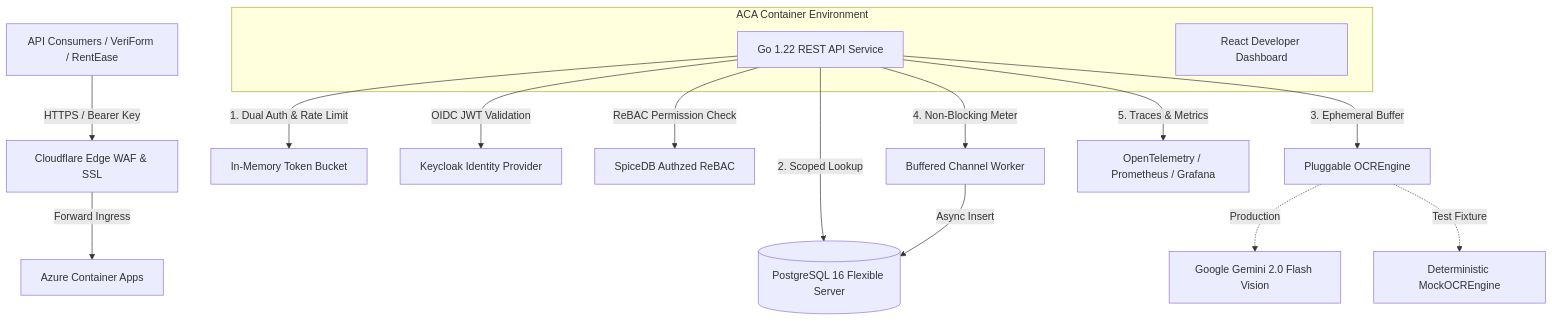
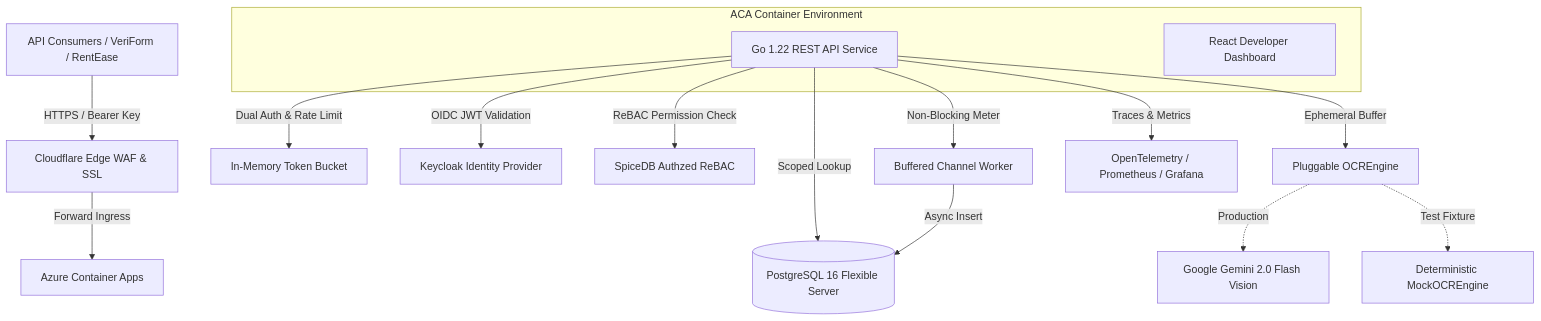
The diagram in README.md (amirfaisalz/lensio), drawn with Mermaid before and after one commit. The commit also changed other lines of this file and 8 other files, not shown here.

````diff
--- a/README.md
+++ b/README.md
@@ -76,21 +51,19 @@
 ```mermaid
 graph TD
     Client[API Consumers / VeriForm / RentEase] -->|HTTPS / Bearer Key| CF[Cloudflare Edge WAF & SSL]
     CF -->|Forward Ingress| ACA[Azure Container Apps]
-
     subgraph ACA Container Environment
         API[Go 1.22 REST API Service]
         DASH[React Developer Dashboard]
     end
-
-    API -->|1. Dual Auth & Rate Limit| MemRL[In-Memory Token Bucket]
+    API -->|Dual Auth & Rate Limit| MemRL[In-Memory Token Bucket]
     API -->|OIDC JWT Validation| KC[Keycloak Identity Provider]
     API -->|ReBAC Permission Check| SDB[SpiceDB Authzed ReBAC]
-    API -->|2. Scoped Lookup| PG[(PostgreSQL 16 Flexible Server)]
-    API -->|3. Ephemeral Buffer| OCR[Pluggable OCREngine]
+    API -->|Scoped Lookup| PG[(PostgreSQL 16 Flexible Server)]
+    API -->|Ephemeral Buffer| OCR[Pluggable OCREngine]
     OCR -.->|Production| Gemini[Google Gemini 2.0 Flash Vision]
     OCR -.->|Test Fixture| Mock[Deterministic MockOCREngine]
-    API -->|4. Non-Blocking Meter| Chan[Buffered Channel Worker]
+    API -->|Non-Blocking Meter| Chan[Buffered Channel Worker]
     Chan -->|Async Insert| PG
-    API -->|5. Traces & Metrics| OTel[OpenTelemetry / Prometheus / Grafana]
+    API -->|Traces & Metrics| OTel[OpenTelemetry / Prometheus / Grafana]
 ```
````
